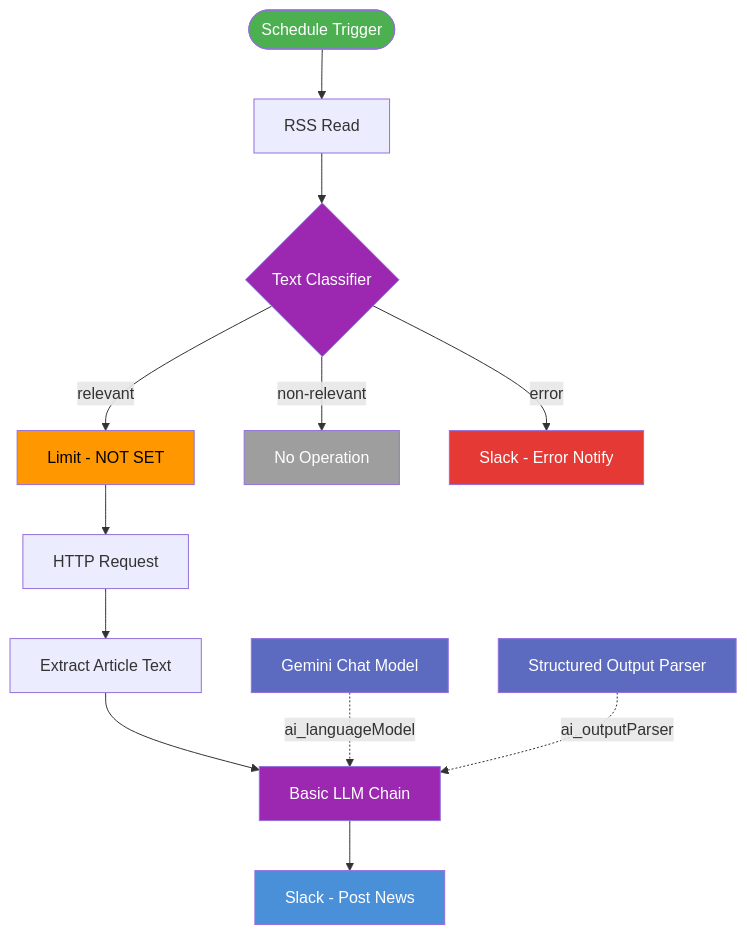
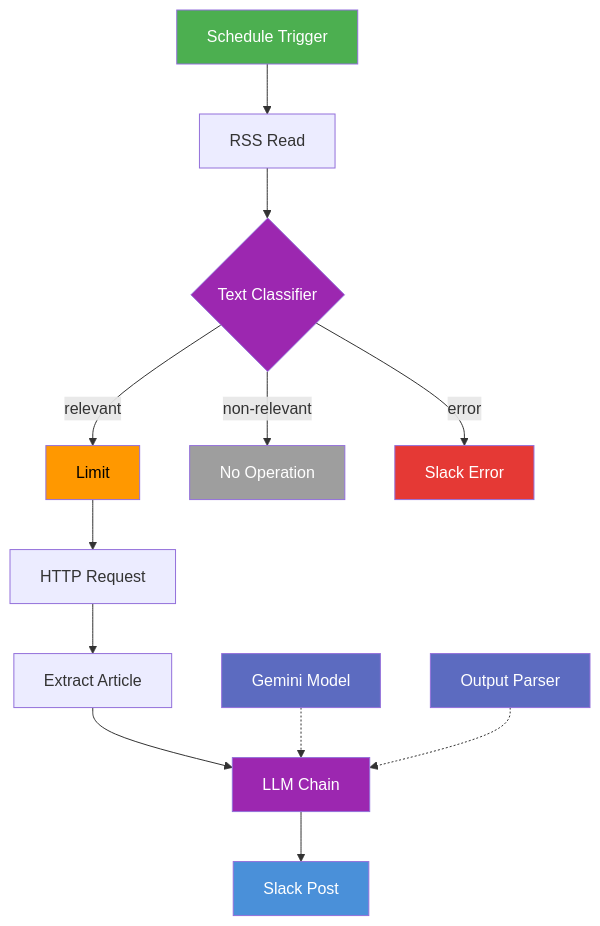
Before and after one commit to takumiwork-n8n/X_present_post_workflow: the diagram in 修正前/README.md, drawn with Mermaid. The commit also changed 1 other file, not shown here.

Commit message:
fix: simplify mermaid - remove dotted edge labels and stadium shape

````diff
--- a/修正前/README.md
+++ b/修正前/README.md
@@ -44,23 +44,23 @@
 ```mermaid
 flowchart TD
-    SCH([Schedule Trigger]) --> RSS[RSS Read]
-    RSS --> CLS{Text Classifier}
-    CLS -->|relevant| LIM[Limit - NOT SET]
-    CLS -->|non-relevant| NOP[No Operation]
-    CLS -->|error| ERR[Slack - Error Notify]
-    LIM --> HTT[HTTP Request]
-    HTT --> EXT[Extract Article Text]
-    EXT --> LLM[Basic LLM Chain]
-    LLM --> SLK[Slack - Post News]
-    GEM[Gemini Chat Model] -.->|ai_languageModel| LLM
-    SOP[Structured Output Parser] -.->|ai_outputParser| LLM
-    style SCH fill:#4CAF50,color:#fff
-    style SLK fill:#4A90D9,color:#fff
-    style ERR fill:#E53935,color:#fff
-    style NOP fill:#9E9E9E,color:#fff
-    style LIM fill:#FF9800,color:#000
-    style CLS fill:#9C27B0,color:#fff
-    style LLM fill:#9C27B0,color:#fff
-    style GEM fill:#5c6bc0,color:#fff
-    style SOP fill:#5c6bc0,color:#fff
+    A[Schedule Trigger] --> B[RSS Read]
+    B --> C{Text Classifier}
+    C -->|relevant| D[Limit]
+    C -->|non-relevant| E[No Operation]
+    C -->|error| F[Slack Error]
+    D --> G[HTTP Request]
+    G --> H[Extract Article]
+    H --> I[LLM Chain]
+    I --> J[Slack Post]
+    K[Gemini Model] -.-> I
+    L[Output Parser] -.-> I
+    style A fill:#4CAF50,color:#fff
+    style J fill:#4A90D9,color:#fff
+    style F fill:#E53935,color:#fff
+    style E fill:#9E9E9E,color:#fff
+    style D fill:#FF9800,color:#000
+    style C fill:#9C27B0,color:#fff
+    style I fill:#9C27B0,color:#fff
+    style K fill:#5c6bc0,color:#fff
+    style L fill:#5c6bc0,color:#fff
 ```
````
